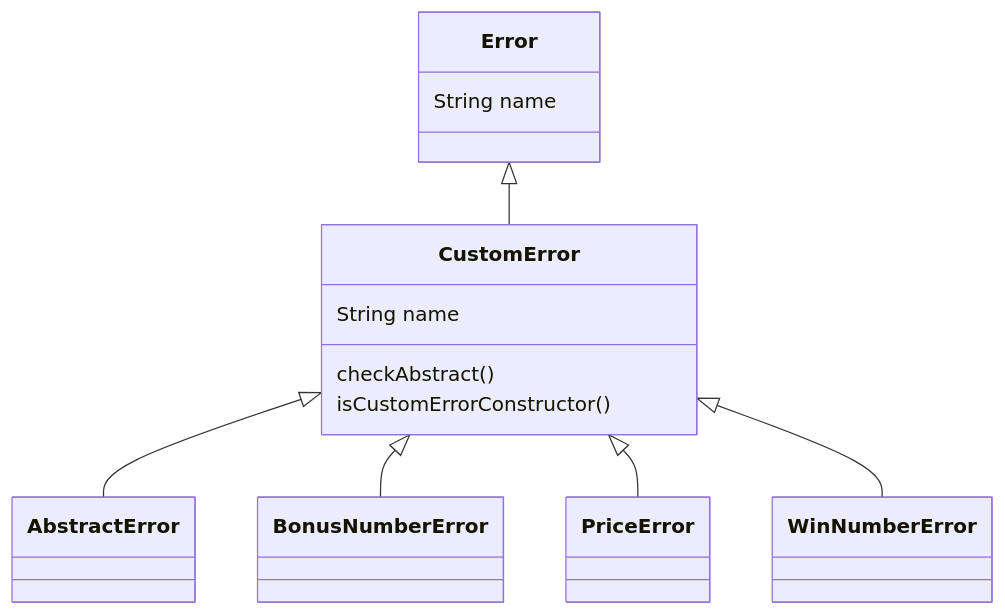
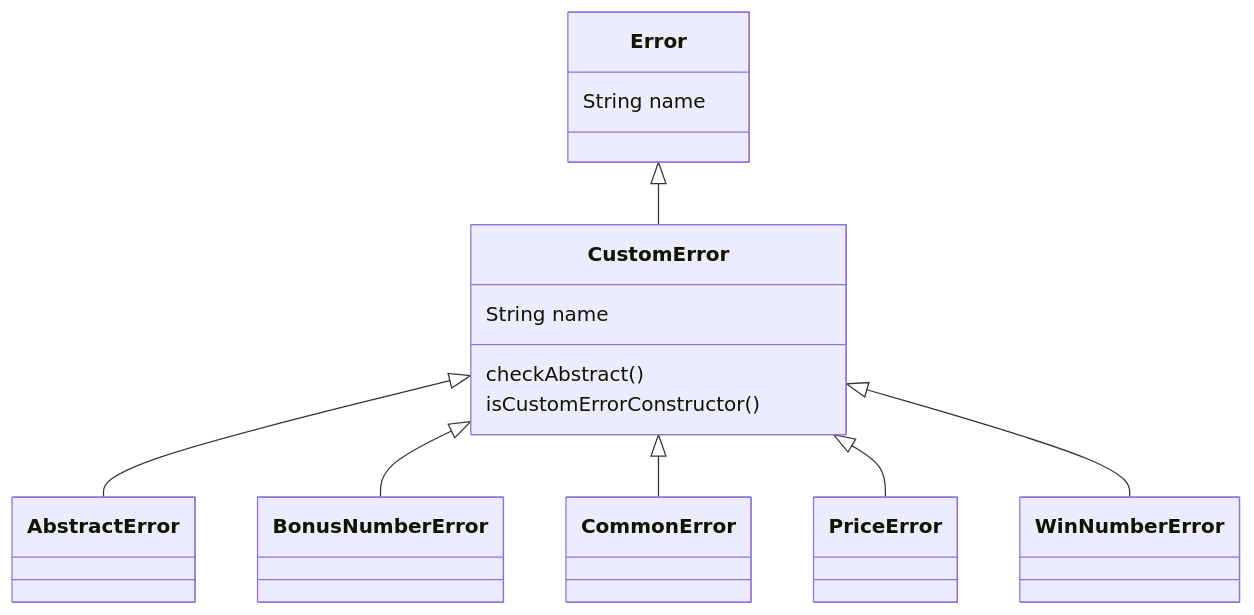
One commit to woowacourse-precourse/javascript-lotto changed the first of 8 diagrams in docs/README.md. Above: the diagram before and after it, drawn with Mermaid. The commit also changed other lines of this file, not shown here.

````diff
--- a/docs/README.md
+++ b/docs/README.md
@@ -86,17 +86,18 @@
 ```mermaid
 classDiagram
     Error <|-- CustomError
     CustomError <|-- AbstractError
     CustomError <|-- BonusNumberError
+    CustomError <|-- CommonError
     CustomError <|-- PriceError
     CustomError <|-- WinNumberError
 
     class Error{
         String name
     }
     class CustomError{
         String name
         checkAbstract()
         isCustomErrorConstructor()
     }
 ```
````
